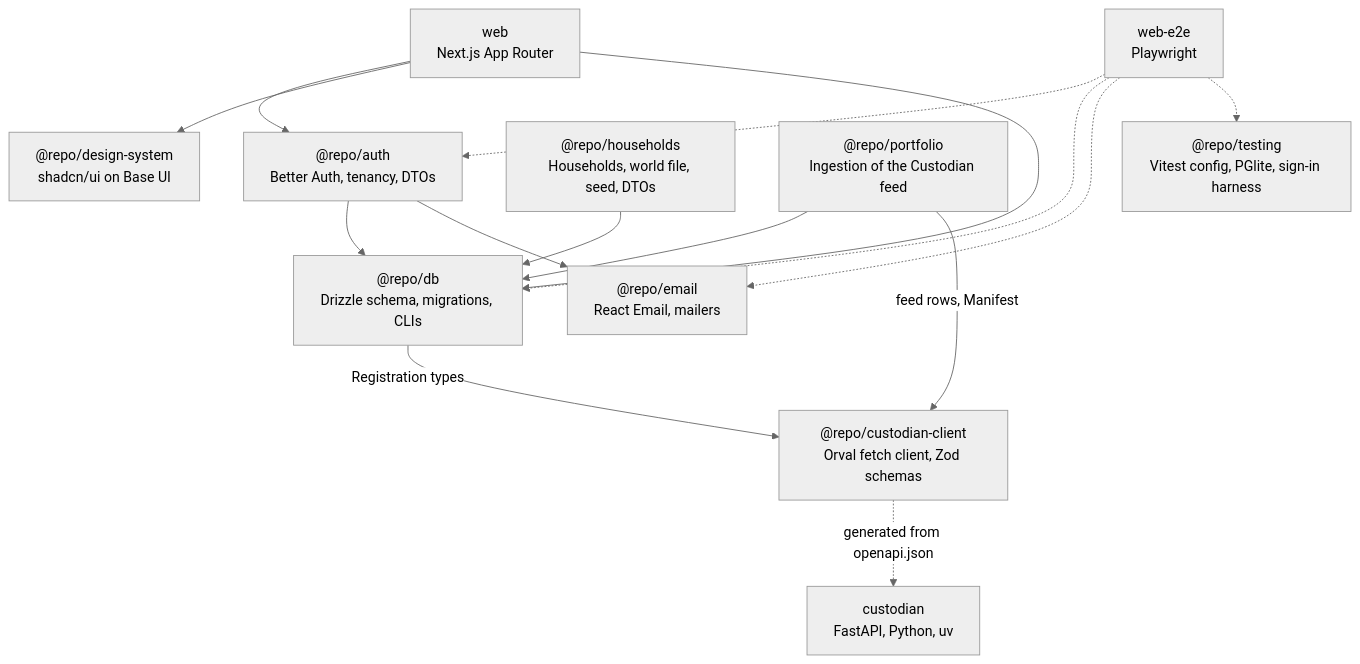
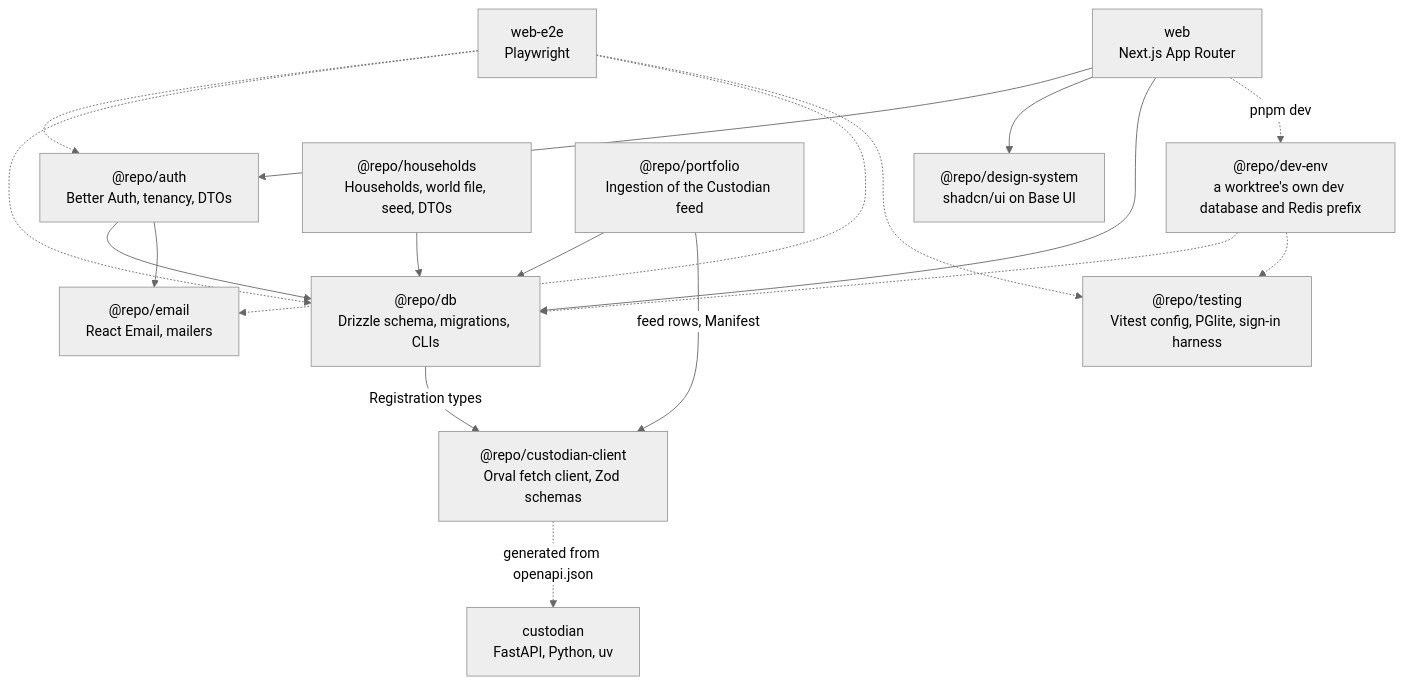
One commit to m0t0r/cognitive-wealth changed the diagram in docs/diagrams/packages.mmd. Above: the diagram before and after it, drawn with Mermaid (neutral theme). The commit also changed 11 other files, not shown here.

First line of the commit message:
docs(dev-env): worktree dev environment in CLAUDE.md, dev-sign-in and diagrams; hook runs only this project's teardown

```diff
--- a/docs/diagrams/packages.mmd
+++ b/docs/diagrams/packages.mmd
@@ -1,29 +1,34 @@
 flowchart TB
   web["web<br/>Next.js App Router"]
   e2e["web-e2e<br/>Playwright"]
   auth["@repo/auth<br/>Better Auth, tenancy, DTOs"]
   ds["@repo/design-system<br/>shadcn/ui on Base UI"]
   db["@repo/db<br/>Drizzle schema, migrations, CLIs"]
   email["@repo/email<br/>React Email, mailers"]
   households["@repo/households<br/>Households, world file, seed, DTOs"]
   portfolio["@repo/portfolio<br/>Ingestion of the Custodian feed"]
   testing["@repo/testing<br/>Vitest config, PGlite, sign-in harness"]
+  devenv["@repo/dev-env<br/>a worktree's own dev database and Redis prefix"]
   custodian["custodian<br/>FastAPI, Python, uv"]
   client["@repo/custodian-client<br/>Orval fetch client, Zod schemas"]
 
   web --> auth
   web --> ds
   web --> db
   auth --> db
   auth --> email
   households --> db
   portfolio --> db
   portfolio -->|"feed rows, Manifest"| client
   db -->|"Registration types"| client
 
   e2e -.-> auth
   e2e -.-> db
   e2e -.-> email
   e2e -.-> testing
 
+  web -.->|"pnpm dev"| devenv
+  devenv -.-> db
+  devenv -.-> testing
+
   client -.->|"generated from openapi.json"| custodian
```
